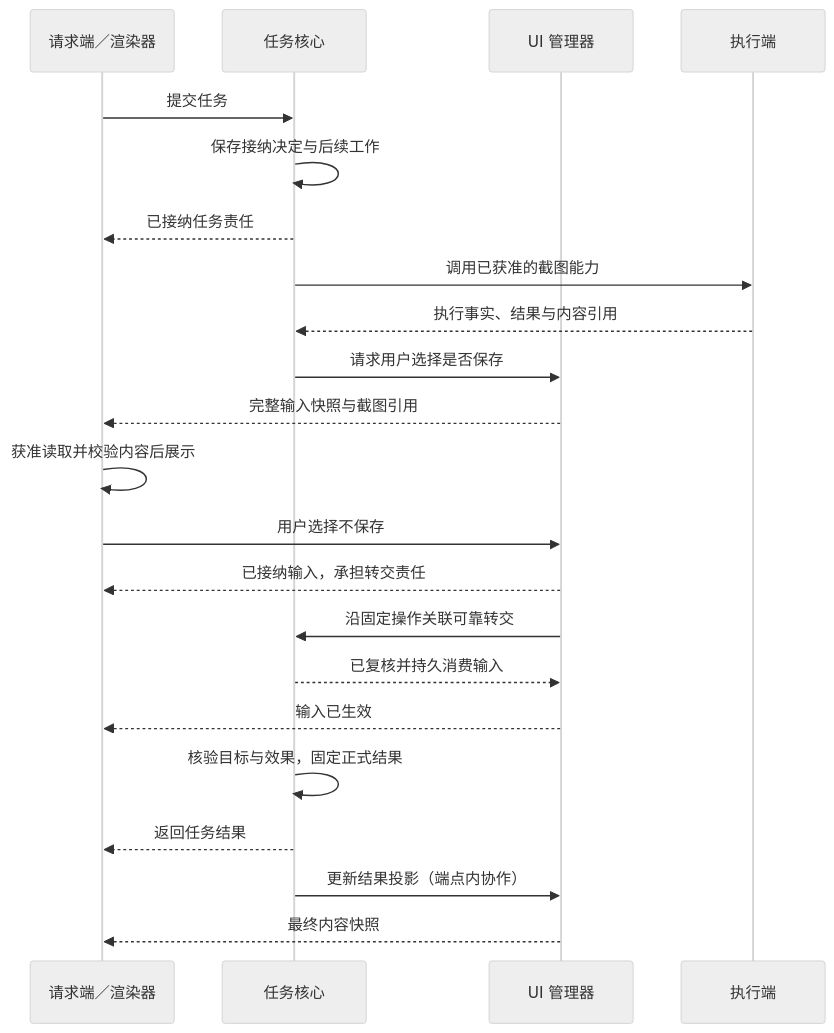
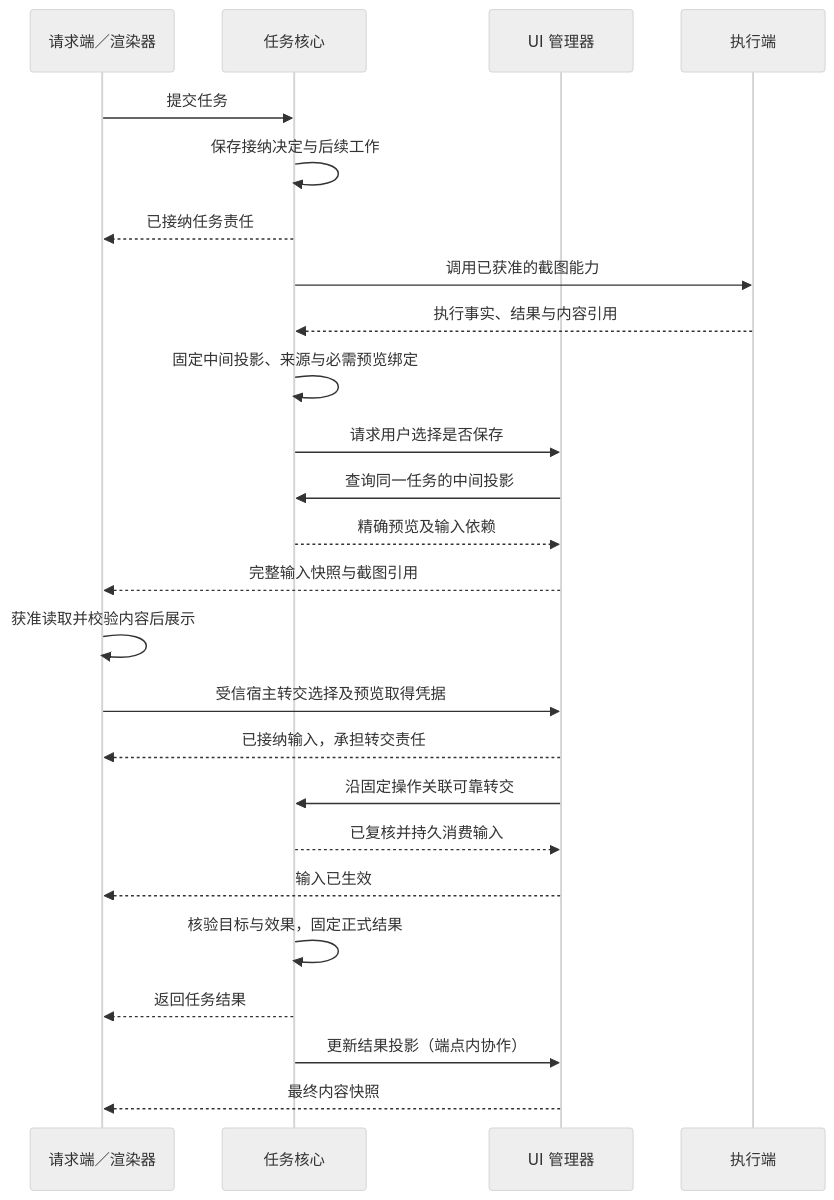
Before and after one commit to ruipengliu/lerna: the second of 3 diagrams in docs/architecture/endpoint-cloud-protocol/README.md, drawn with Mermaid (neutral theme). The commit also changed other lines of this file and 91 other files, not shown here.

Commit message:
docs: complete architecture design

````diff
--- a/docs/architecture/endpoint-cloud-protocol/README.md
+++ b/docs/architecture/endpoint-cloud-protocol/README.md
@@ -78,24 +78,27 @@
 ```mermaid
 sequenceDiagram
     participant R as 请求端／渲染器
     participant T as 任务核心
     participant U as UI 管理器
     participant E as 执行端
     R->>T: 提交任务
     T->>T: 保存接纳决定与后续工作
     T-->>R: 已接纳任务责任
     T->>E: 调用已获准的截图能力
     E-->>T: 执行事实、结果与内容引用
+    T->>T: 固定中间投影、来源与必需预览绑定
     T->>U: 请求用户选择是否保存
+    U->>T: 查询同一任务的中间投影
+    T-->>U: 精确预览及输入依赖
     U-->>R: 完整输入快照与截图引用
     R->>R: 获准读取并校验内容后展示
-    R->>U: 用户选择不保存
+    R->>U: 受信宿主转交选择及预览取得凭据
     U-->>R: 已接纳输入，承担转交责任
     U->>T: 沿固定操作关联可靠转交
     T-->>U: 已复核并持久消费输入
     U-->>R: 输入已生效
     T->>T: 核验目标与效果，固定正式结果
     T-->>R: 返回任务结果
     T->>U: 更新结果投影（端点内协作）
     U-->>R: 最终内容快照
 ```
````
